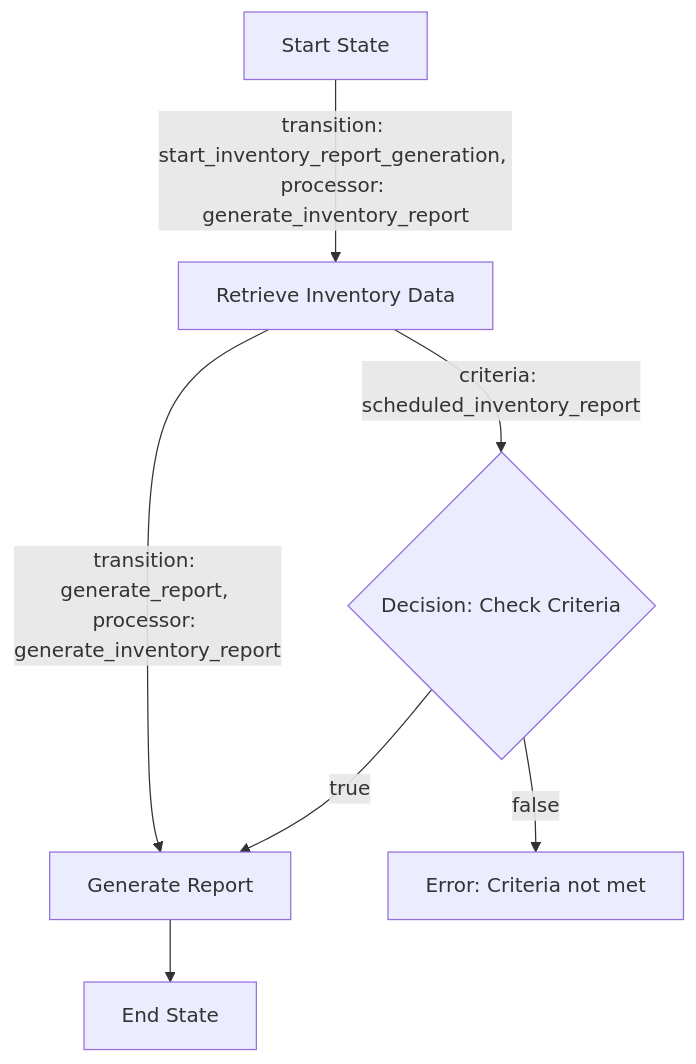
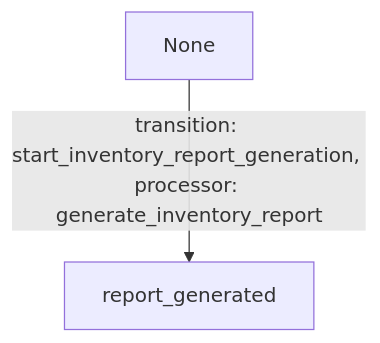
The first of 3 diagrams in entity/app_design_prd.md (Cyoda-platform/quart-client-template), drawn with Mermaid before and after one commit. The commit also changed other lines of this file, not shown here.

````diff
--- a/entity/app_design_prd.md
+++ b/entity/app_design_prd.md
@@ -38,13 +38,8 @@
 ```mermaid
 flowchart TD
-    A[Start State] -->|transition: start_inventory_report_generation, processor: generate_inventory_report| B[Retrieve Inventory Data]
-    B -->|transition: generate_report, processor: generate_inventory_report| C[Generate Report]
-    C --> D[End State]
+    A[None] -->|transition: start_inventory_report_generation, processor: generate_inventory_report| B[report_generated]
 
-    %% Decision point for criteria
-    B -->|criteria: scheduled_inventory_report| D1{Decision: Check Criteria}
-    D1 -->|true| C
-    D1 -->|false| E[Error: Criteria not met]
+
 
     class A,B,C,D,D1 automated;
 ```
````
